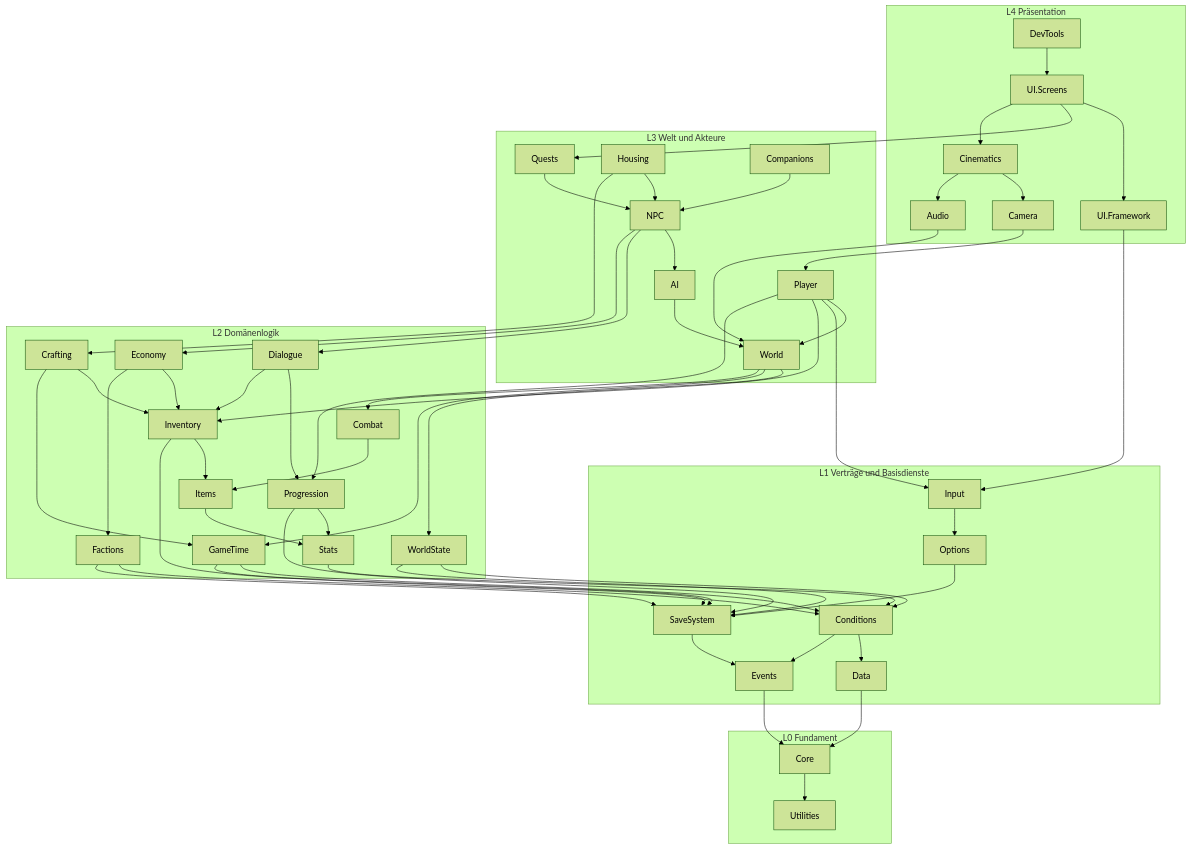
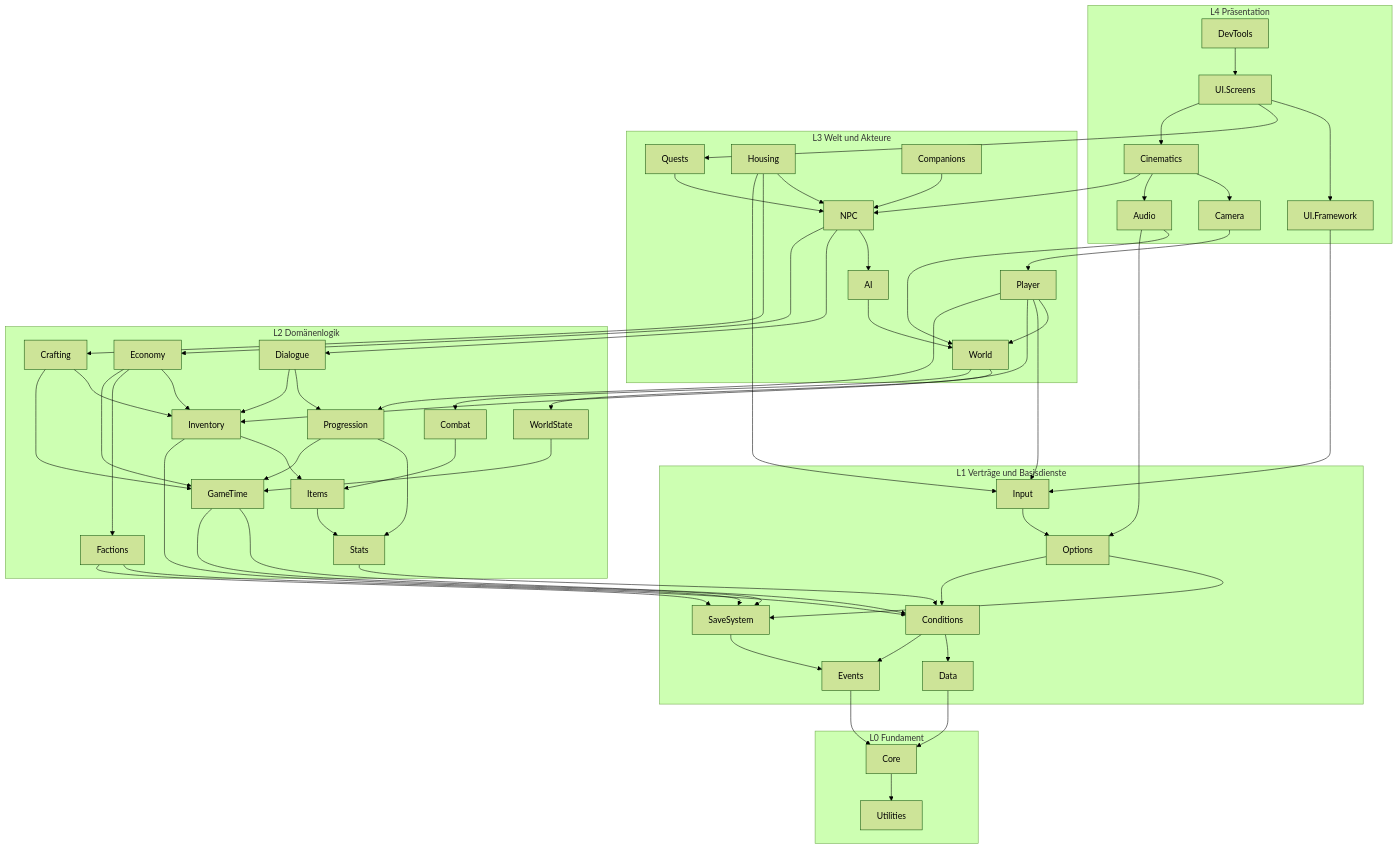
Before and after one commit to porcherliam-glitch/liam: the first of 7 diagrams in docs/Technik/01_Architektur.md, drawn with Mermaid (forest theme). The commit also changed other lines of this file and 9 other files, not shown here.

```diff
--- a/docs/Technik/01_Architektur.md
+++ b/docs/Technik/01_Architektur.md
@@ -623,9 +624,9 @@
   CND --> EVT
   SAV --> EVT
   OPT --> SAV
+  OPT --> CND
   INP --> OPT
-  WST --> CND
-  WST --> SAV
+  WST --> GTI
   GTI --> CND
   GTI --> SAV
   STA --> CND
@@ -633,7 +634,7 @@
   INV --> ITM
   INV --> SAV
   PRG --> STA
-  PRG --> SAV
+  PRG --> GTI
   FAC --> CND
   FAC --> SAV
   CMB --> ITM
@@ -643,8 +644,8 @@
   CRF --> GTI
   ECO --> INV
   ECO --> FAC
+  ECO --> GTI
   WLD --> WST
-  WLD --> GTI
   WLD --> CMB
   AIX --> WLD
   NPC --> AIX
@@ -657,11 +658,14 @@
   PLY --> PRG
   HOU --> NPC
   HOU --> CRF
+  HOU --> INP
   QST --> NPC
   CAM --> PLY
   AUD --> WLD
+  AUD --> OPT
   CIN --> CAM
   CIN --> AUD
+  CIN --> NPC
   UIF --> INP
   UIS --> UIF
   UIS --> QST
```
